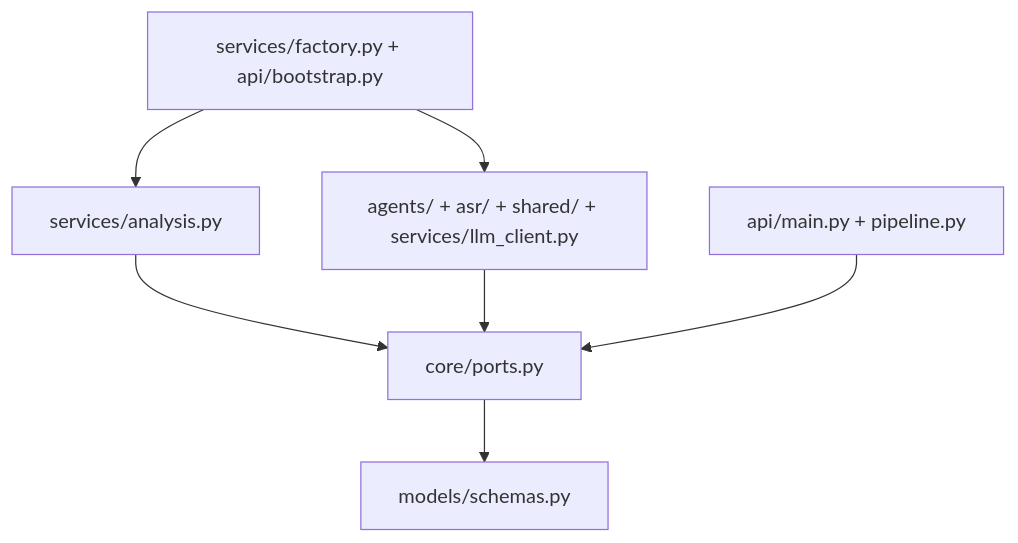
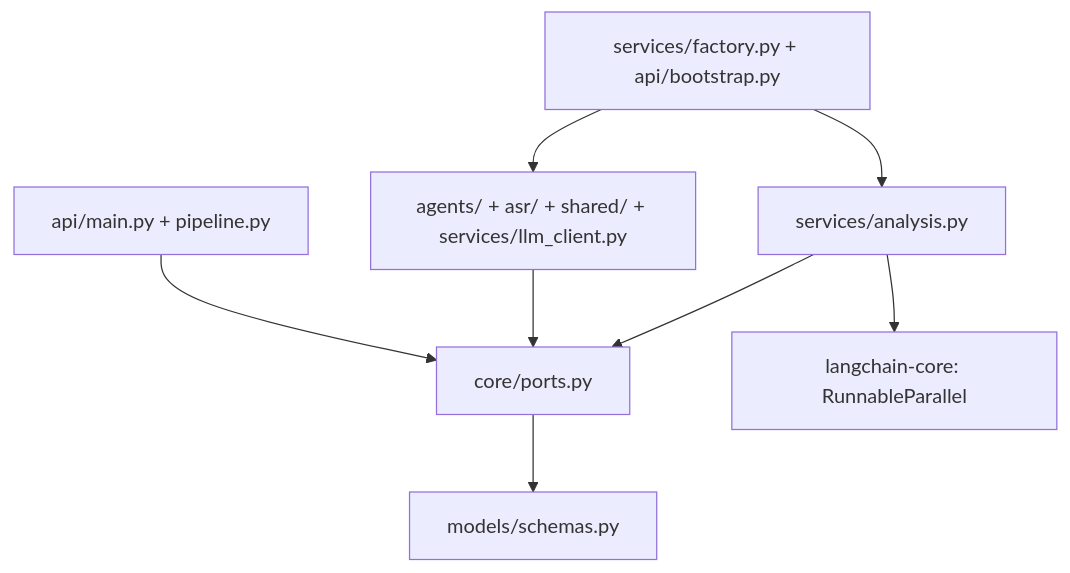
One commit to vbuyel/mtbank-ai-hiring changed the third of 3 diagrams in README.md. Above: the diagram before and after it, drawn with Mermaid. The commit also changed other lines of this file, not shown here.

````diff
--- a/README.md
+++ b/README.md
@@ -146,16 +154,18 @@
 ```mermaid
 flowchart TB
     Models[models/schemas.py]
     Ports[core/ports.py]
     Service[services/analysis.py]
     Entry[api/main.py + pipeline.py]
     Adapters[agents/ + asr/ + shared/ + services/llm_client.py]
     Factory[services/factory.py + api/bootstrap.py]
+    LangChain[langchain-core: RunnableParallel]
 
     Ports --> Models
     Service --> Ports
+    Service --> LangChain
     Adapters --> Ports
     Entry --> Ports
     Factory --> Service
     Factory --> Adapters
 ```
````
